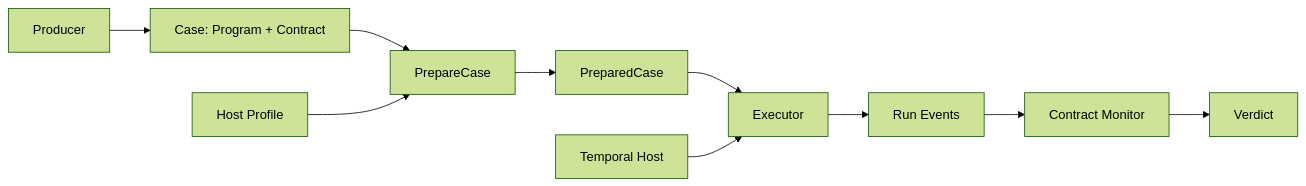
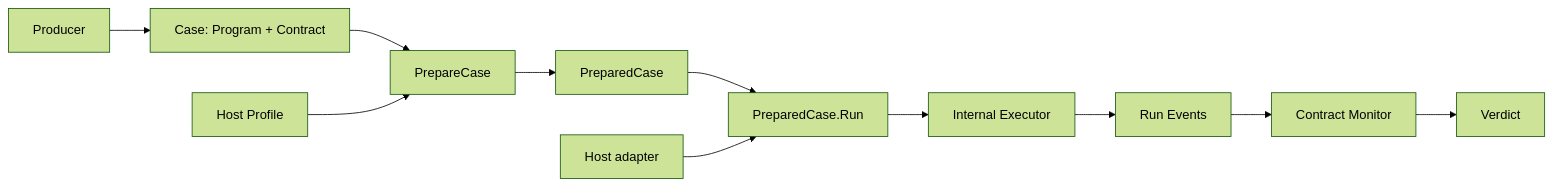
One commit to stephanos/temporal changed the diagram in .flow/specs/fn-64-umpire-case-runtime.md. Above: the diagram before and after it, drawn with Mermaid (forest theme). The commit also changed other lines of this file and 120 other files, not shown here.

````diff
--- a/.flow/specs/fn-64-umpire-case-runtime.md
+++ b/.flow/specs/fn-64-umpire-case-runtime.md
@@ -47,12 +48,13 @@
 ```mermaid
 flowchart LR
     Producer --> Case[Case: Program + Contract]
     Case --> Prepare[PrepareCase]
     Profile[Host Profile] --> Prepare
     Prepare --> Prepared[PreparedCase]
-    Prepared --> Executor
-    Host[Temporal Host] --> Executor
+    Prepared --> Facade[PreparedCase.Run]
+    Host[Host adapter] --> Facade
+    Facade --> Executor[Internal Executor]
     Executor --> Run[Run Events]
     Run --> Monitor[Contract Monitor]
     Monitor --> Verdict
 ```
````
